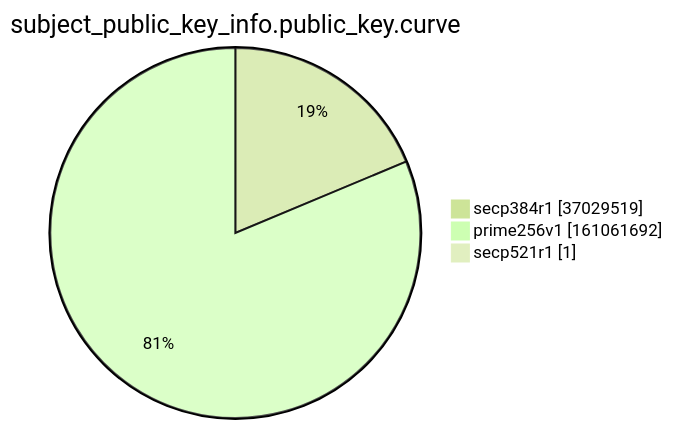
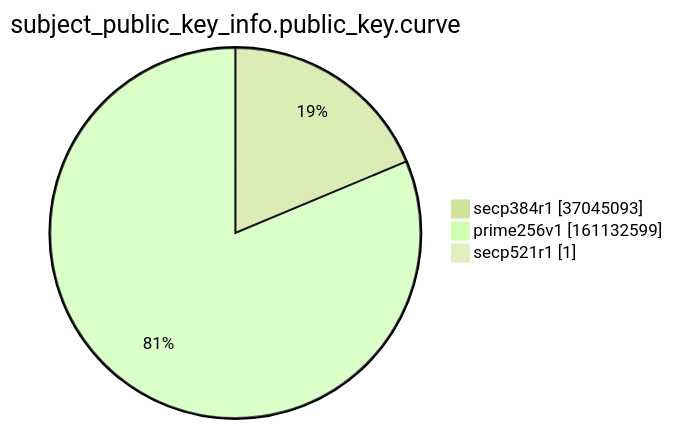
Before and after one commit to christiankrug/ctmonitor_visualization: the ninth of 15 diagrams in argon2022/README.md, drawn with Mermaid (forest theme). The commit also changed other lines of this file, not shown here.

````diff
--- a/argon2022/README.md
+++ b/argon2022/README.md
@@ -2766,7 +2766,7 @@
 ```mermaid
 pie showData
 title subject_public_key_info.public_key.curve
-"secp384r1" :37029519
-"prime256v1" :161061692
+"secp384r1" :37045093
+"prime256v1" :161132599
 "secp521r1" :1
 ```
````
